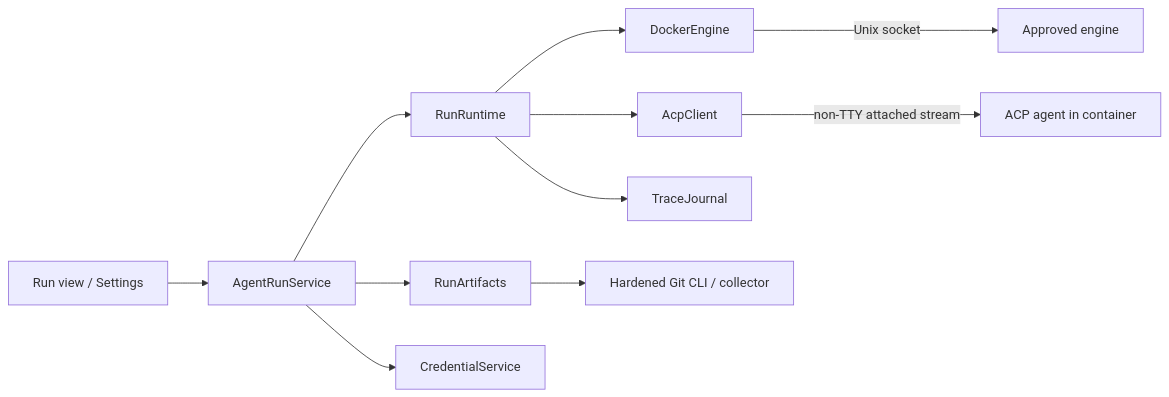
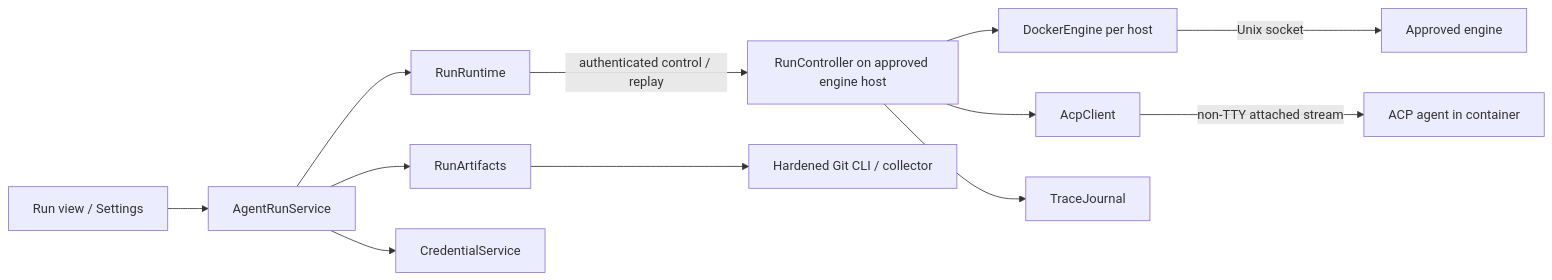
One commit to B87/brainiac changed the diagram in docs/design/agent-runs.md. Above: the diagram before and after it, drawn with Mermaid. The commit also changed other lines of this file and 1 other file, not shown here.

First line of the commit message:
Revise roadmap and agent runs documentation

````diff
--- a/docs/design/agent-runs.md
+++ b/docs/design/agent-runs.md
@@ -91,13 +95,14 @@
 ```mermaid
 flowchart LR
   UI[Run view / Settings] --> Runs[AgentRunService]
   Runs --> Runtime[RunRuntime]
   Runs --> Artifacts[RunArtifacts]
   Runs --> Creds[CredentialService]
-  Runtime --> Engine[DockerEngine]
-  Runtime --> ACP[AcpClient]
-  Runtime --> Trace[TraceJournal]
+  Runtime -- authenticated control / replay --> Controller[RunController on approved engine host]
+  Controller --> Engine[DockerEngine per host]
+  Controller --> ACP[AcpClient]
+  Controller --> Trace[TraceJournal]
   Artifacts --> Git[Hardened Git CLI / collector]
   Engine -- Unix socket --> Host[Approved engine]
   ACP -- non-TTY attached stream --> Agent[ACP agent in container]
 ```
````
